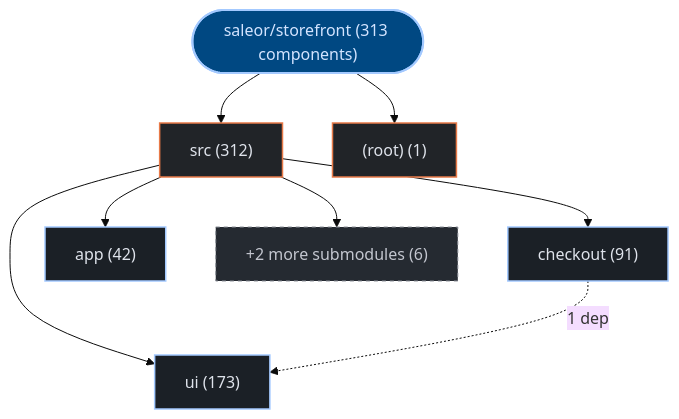
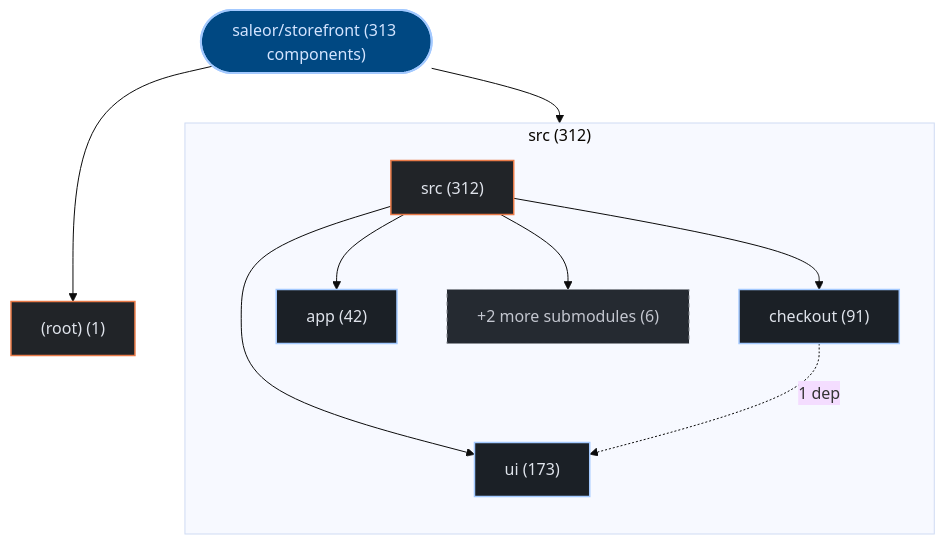
Before and after one commit to kumarshaz/atruss-code-atlas: the first of 3 diagrams in exports/latest/reports/saleor-storefront-report.md, drawn with Mermaid (base theme). The commit also changed 178 other files, not shown here.

Commit message:
feat(ui,mermaid): upgrade to mermaid v12 + ELK layout, add orgs-summary + pagination, subgraph building blocks, fix tab alignment

````diff
--- a/exports/latest/reports/saleor-storefront-report.md
+++ b/exports/latest/reports/saleor-storefront-report.md
@@ -42,24 +42,27 @@
 ```mermaid
 graph TD;
   classDef atlasRoot fill:#004882,stroke:#a3c9ff,stroke-width:2px,color:#d3e4ff
   classDef atlasCategory fill:#212428,stroke:#E87A48,stroke-width:1.5px,color:#dfe3eb
   classDef atlasWorkflow fill:#1b2026,stroke:#a3c9ff,stroke-width:1.5px,color:#dfe3eb
   classDef atlasJob fill:#171c22,stroke:#8d9199,stroke-width:1px,color:#dfe3eb
   classDef atlasTarget fill:#005227,stroke:#8bd99b,stroke-width:1.5px,color:#a7f6b6
   classDef atlasAlert fill:#93000a,stroke:#ffb4ab,stroke-width:1.5px,color:#ffdad6
   classDef atlasMore fill:#252a31,stroke:#8d9199,stroke-dasharray:4 4,color:#c3c6cf
     repo_root(["saleor/storefront (313 components)"]):::atlasRoot
-    dir_0_src["src (312)"]:::atlasCategory
+    subgraph sg_dir_0_src["src (312)"]
+      direction TB
+      dir_0_src["src (312)"]:::atlasCategory
+      sub_0_0_ui["ui (173)"]:::atlasWorkflow
+      dir_0_src --> sub_0_0_ui
+      sub_0_1_checkout["checkout (91)"]:::atlasWorkflow
+      dir_0_src --> sub_0_1_checkout
+      sub_0_2_app["app (42)"]:::atlasWorkflow
+      dir_0_src --> sub_0_2_app
+      sub_0_more["+2 more submodules (6)"]:::atlasMore
+      dir_0_src --> sub_0_more
+    end
     repo_root --> dir_0_src
-    sub_0_0_ui["ui (173)"]:::atlasWorkflow
-    dir_0_src --> sub_0_0_ui
-    sub_0_1_checkout["checkout (91)"]:::atlasWorkflow
-    dir_0_src --> sub_0_1_checkout
-    sub_0_2_app["app (42)"]:::atlasWorkflow
-    dir_0_src --> sub_0_2_app
-    sub_0_more["+2 more submodules (6)"]:::atlasMore
-    dir_0_src --> sub_0_more
     dir_1__root_["(root) (1)"]:::atlasCategory
     repo_root --> dir_1__root_
     sub_0_1_checkout -.->|"1 dep"| sub_0_0_ui
 ```
````
